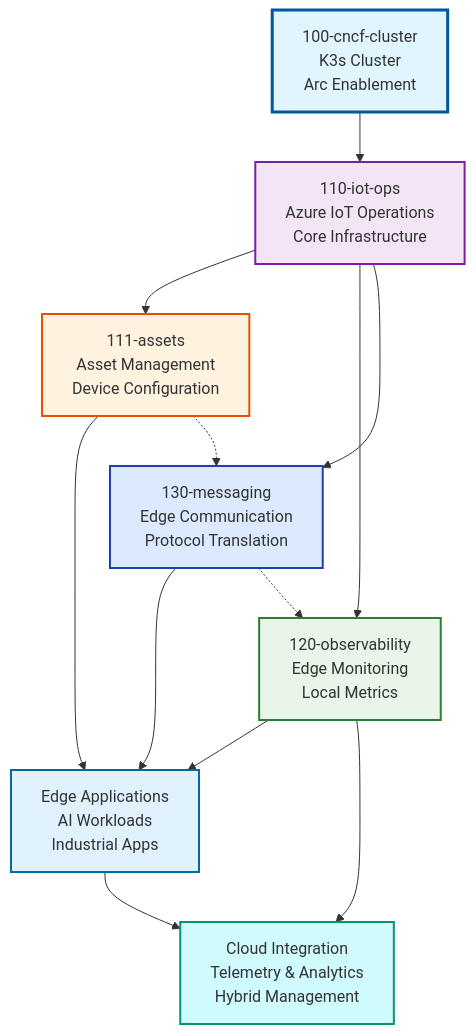
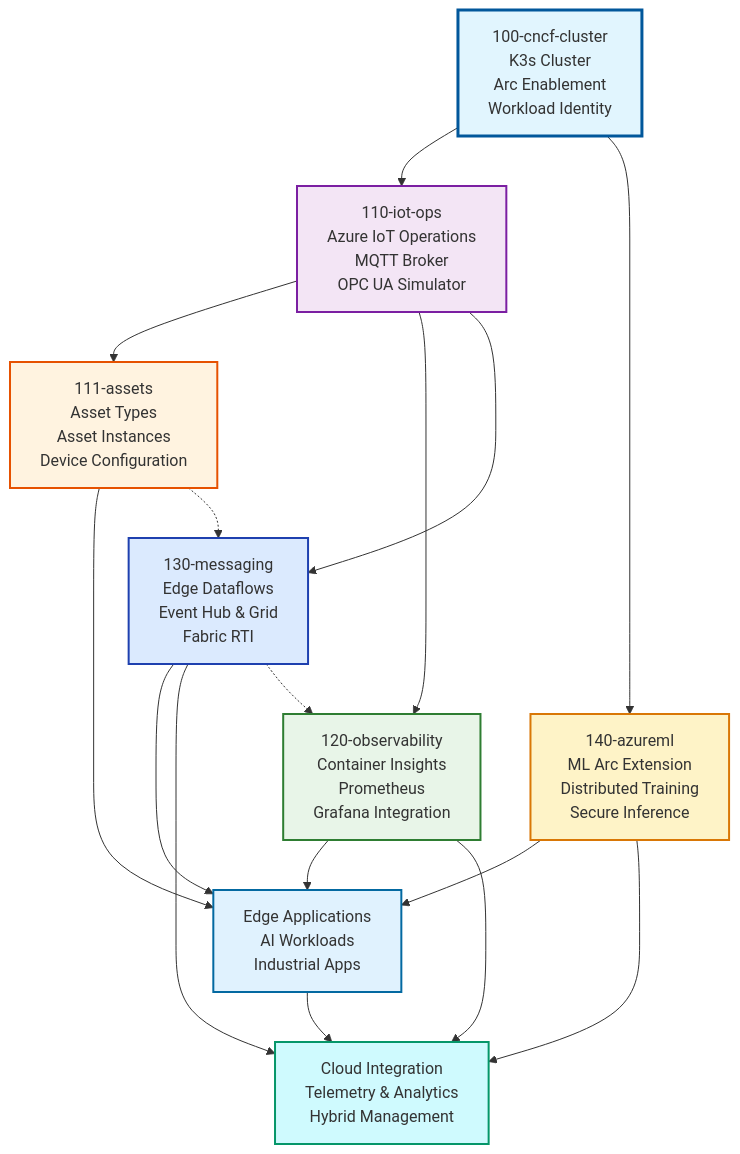
The diagram in src/100-edge/README.md (microsoft/edge-ai), drawn with Mermaid before and after one commit. The commit also changed other lines of this file and 80 other files, not shown here.

````diff
--- a/src/100-edge/README.md
+++ b/src/100-edge/README.md
@@ -26,48 +36,56 @@
 ```mermaid
 flowchart TD
     %% Foundation
-    K3s[100-cncf-cluster<br/>K3s Cluster<br/>Arc Enablement]
+    K3s[100-cncf-cluster<br/>K3s Cluster<br/>Arc Enablement<br/>Workload Identity]
 
     %% Core Platform
-    IoTOps[110-iot-ops<br/>Azure IoT Operations<br/>Core Infrastructure]
+    IoTOps[110-iot-ops<br/>Azure IoT Operations<br/>MQTT Broker<br/>OPC UA Simulator]
 
     %% Edge Services
-    Assets[111-assets<br/>Asset Management<br/>Device Configuration]
+    Assets[111-assets<br/>Asset Types<br/>Asset Instances<br/>Device Configuration]
 
-    Observability[120-observability<br/>Edge Monitoring<br/>Local Metrics]
+    Observability[120-observability<br/>Container Insights<br/>Prometheus<br/>Grafana Integration]
 
-    Messaging[130-messaging<br/>Edge Communication<br/>Protocol Translation]
+    Messaging[130-messaging<br/>Edge Dataflows<br/>Event Hub & Grid<br/>Fabric RTI]
+
+    %% AI & ML
+    AzureML[140-azureml<br/>ML Arc Extension<br/>Distributed Training<br/>Secure Inference]
 
     %% Applications
     EdgeApps[Edge Applications<br/>AI Workloads<br/>Industrial Apps]
 
     CloudSync[Cloud Integration<br/>Telemetry & Analytics<br/>Hybrid Management]
 
     %% Main deployment flow
     K3s --> IoTOps
     IoTOps --> Assets
     IoTOps --> Observability
     IoTOps --> Messaging
+    K3s --> AzureML
 
     %% Service to application flow
     Assets --> EdgeApps
     Observability --> EdgeApps
     Messaging --> EdgeApps
+    AzureML --> EdgeApps
 
     %% Cloud integration
     EdgeApps --> CloudSync
     Observability --> CloudSync
+    Messaging --> CloudSync
+    AzureML --> CloudSync
 
     %% Cross-service relationships
     Assets -.-> Messaging
     Messaging -.-> Observability
 
     %% Clean styling matching docs/README.md
     style K3s fill:#e1f5fe,stroke:#01579b,stroke-width:3px
     style IoTOps fill:#f3e5f5,stroke:#7b1fa2,stroke-width:2px
     style Assets fill:#fff3e0,stroke:#e65100,stroke-width:2px
     style Observability fill:#e8f5e8,stroke:#2e7d32,stroke-width:2px
     style Messaging fill:#dbeafe,stroke:#1e40af,stroke-width:2px
+    style AzureML fill:#fef3c7,stroke:#d97706,stroke-width:2px
     style EdgeApps fill:#e0f2fe,stroke:#0369a1,stroke-width:2px
     style CloudSync fill:#cffafe,stroke:#059669,stroke-width:2px
 ```
````
